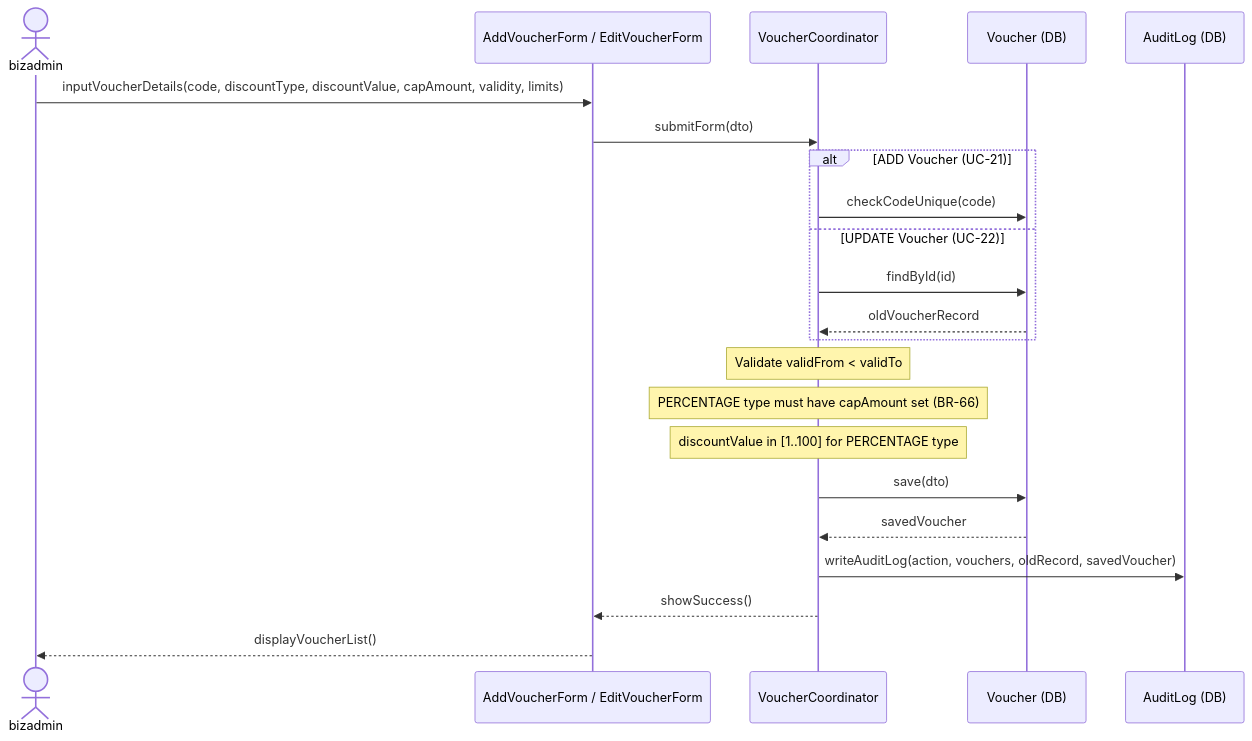
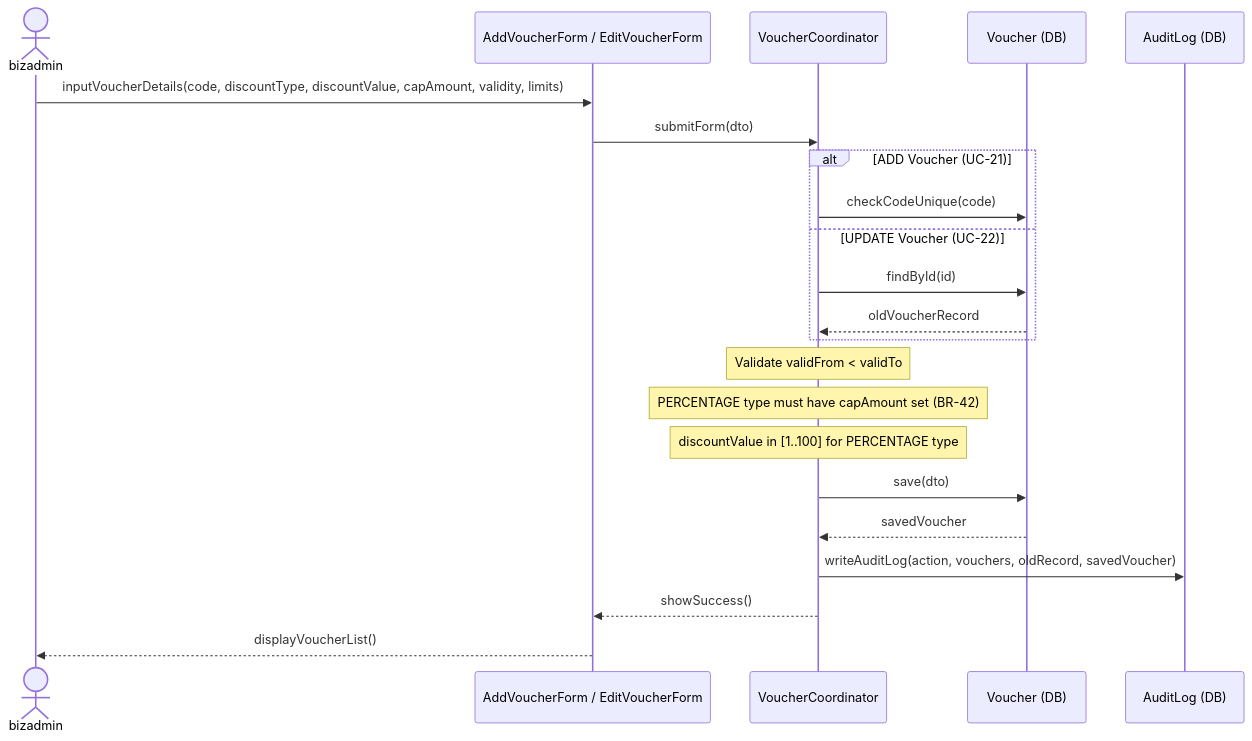
One commit to Shaichi/Khoga_coffe_shop changed the second of 3 diagrams in rds_sections/07_detailed_3_4_voucher.md. Above: the diagram before and after it, drawn with Mermaid. The commit also changed other lines of this file and 15 other files, not shown here.

````diff
--- a/rds_sections/07_detailed_3_4_voucher.md
+++ b/rds_sections/07_detailed_3_4_voucher.md
@@ -75,28 +75,28 @@
 ```mermaid
 sequenceDiagram
     actor bizadmin
     participant VoucherForm as AddVoucherForm / EditVoucherForm
     participant VoucherCoord as VoucherCoordinator
     participant VoucherDB as Voucher (DB)
     participant AuditDB as AuditLog (DB)
 
     bizadmin->>VoucherForm: inputVoucherDetails(code, discountType, discountValue, capAmount, validity, limits)
     VoucherForm->>VoucherCoord: submitForm(dto)
 
     alt ADD Voucher (UC-21)
         VoucherCoord->>VoucherDB: checkCodeUnique(code)
     else UPDATE Voucher (UC-22)
         VoucherCoord->>VoucherDB: findById(id)
         VoucherDB-->>VoucherCoord: oldVoucherRecord
     end
 
     Note over VoucherCoord: Validate validFrom < validTo
-    Note over VoucherCoord: PERCENTAGE type must have capAmount set (BR-66)
+    Note over VoucherCoord: PERCENTAGE type must have capAmount set (BR-42)
     Note over VoucherCoord: discountValue in [1..100] for PERCENTAGE type
 
     VoucherCoord->>VoucherDB: save(dto)
     VoucherDB-->>VoucherCoord: savedVoucher
     VoucherCoord->>AuditDB: writeAuditLog(action, vouchers, oldRecord, savedVoucher)
     VoucherCoord-->>VoucherForm: showSuccess()
     VoucherForm-->>bizadmin: displayVoucherList()
 ```
````
